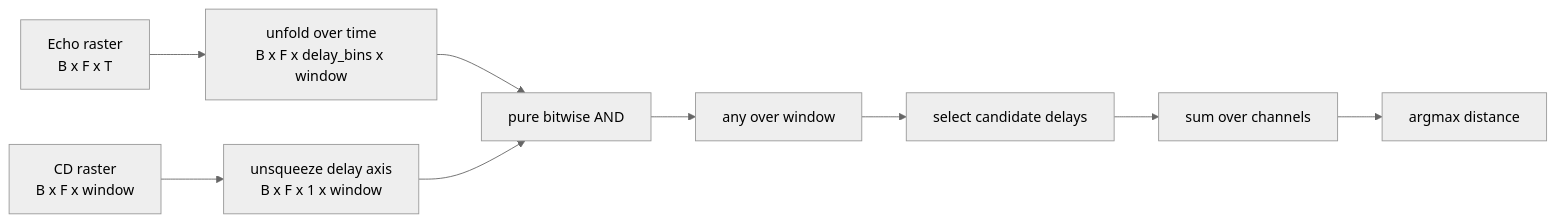
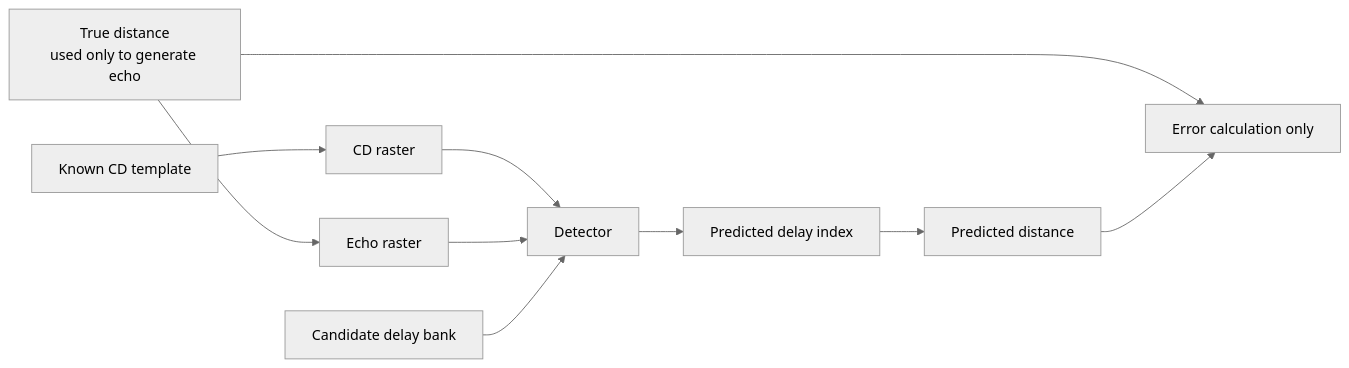
One commit to jackhenry02/Radar_SNN_4 changed the diagram in distance_pathway/reports/binary_clean_optimisation.md. Above: the diagram before and after it, drawn with Mermaid (neutral theme). The commit also changed other lines of this file and 4 other files, not shown here.

````diff
--- a/distance_pathway/reports/binary_clean_optimisation.md
+++ b/distance_pathway/reports/binary_clean_optimisation.md
@@ -9,11 +9,12 @@
 ```mermaid
 flowchart LR
-    A[Echo raster<br/>B x F x T] --> B[unfold over time<br/>B x F x delay_bins x window]
-    C[CD raster<br/>B x F x window] --> D[unsqueeze delay axis<br/>B x F x 1 x window]
-    B --> E[pure bitwise AND]
-    D --> E
-    E --> F[any over window]
-    F --> G[select candidate delays]
-    G --> H[sum over channels]
-    H --> I[argmax distance]
+    A[True distance<br/>used only to generate echo] --> B[Echo raster]
+    C[Known CD template] --> D[CD raster]
+    D --> E[Detector]
+    B --> E
+    F[Candidate delay bank] --> E
+    E --> G[Predicted delay index]
+    G --> H[Predicted distance]
+    A --> I[Error calculation only]
+    H --> I
 ```
````
